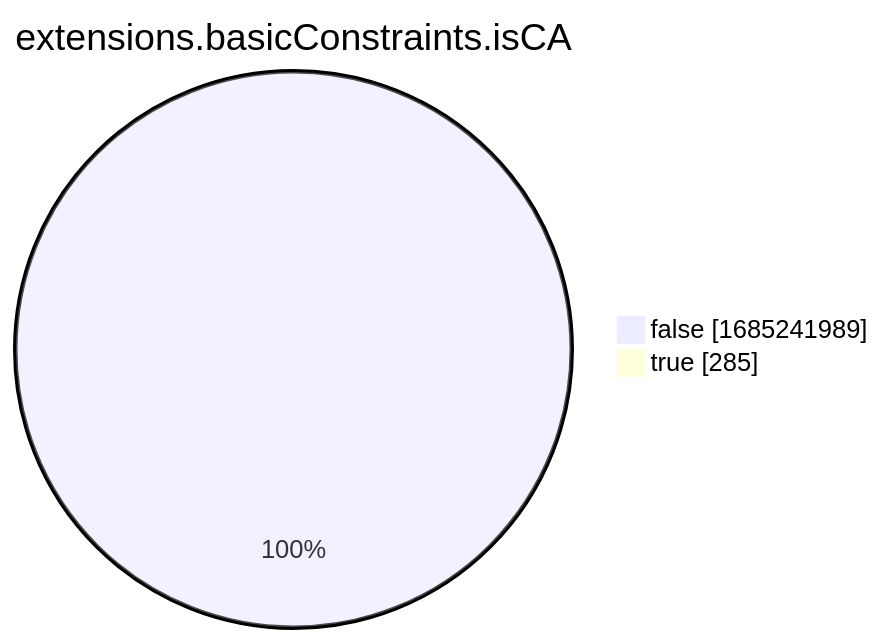
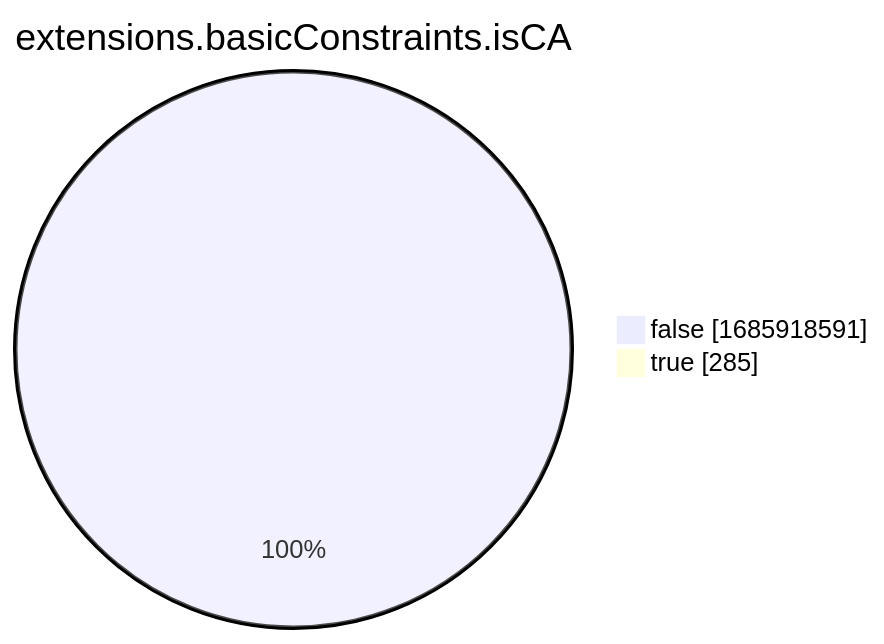
One commit to christiankrug/ctmonitor_visualization changed the eighth of 15 diagrams in xenon2022/README.md. Above: the diagram before and after it, drawn with Mermaid. The commit also changed other lines of this file, not shown here.

````diff
--- a/xenon2022/README.md
+++ b/xenon2022/README.md
@@ -2865,6 +2865,6 @@
 ```mermaid
 pie showData
 title extensions.basicConstraints.isCA
-"false" :1685241989
+"false" :1685918591
 "true" :285
 ```
````
